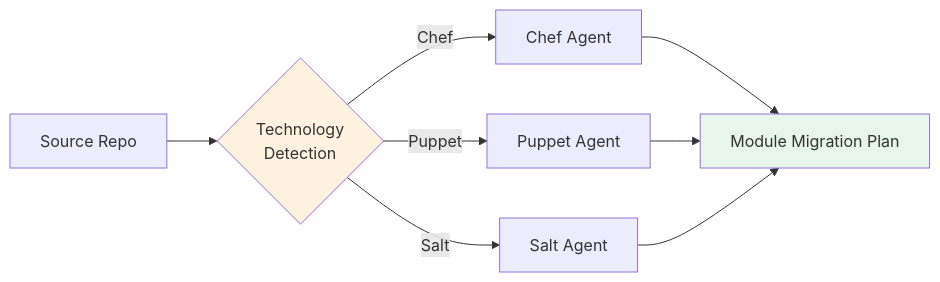
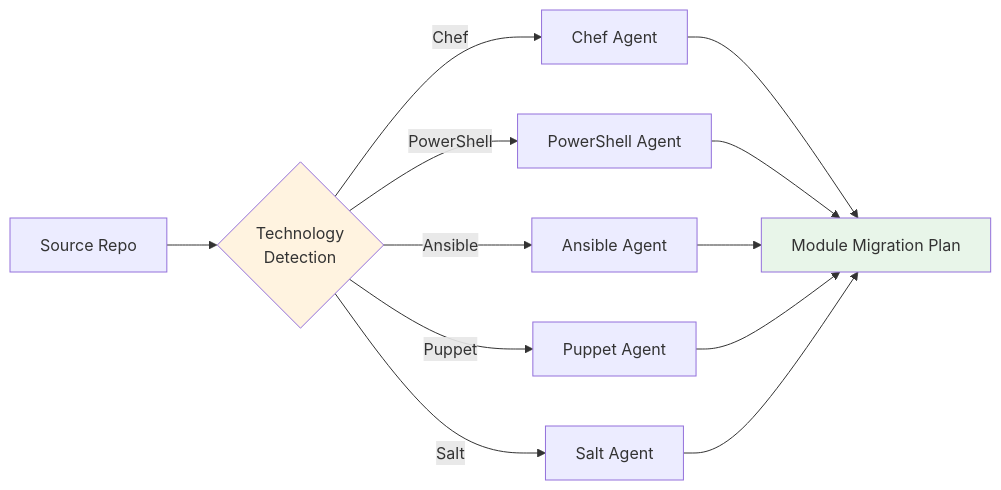
Before and after one commit to x2ansible/x2a-convertor: the second of 4 diagrams in docs/concepts/architecture.md, drawn with Mermaid. The commit also changed other lines of this file and 25 other files, not shown here.

````diff
--- a/docs/concepts/architecture.md
+++ b/docs/concepts/architecture.md
@@ -96,14 +102,18 @@
 ```mermaid
 flowchart LR
     Source[Source Repo] --> Detect{Technology<br/>Detection}
     Detect -->|Chef| Chef[Chef Agent]
+    Detect -->|PowerShell| PS[PowerShell Agent]
+    Detect -->|Ansible| Ansible[Ansible Agent]
     Detect -->|Puppet| Puppet[Puppet Agent]
     Detect -->|Salt| Salt[Salt Agent]
 
     Chef --> Plan[Module Migration Plan]
+    PS --> Plan
+    Ansible --> Plan
     Puppet --> Plan
     Salt --> Plan
 
     style Detect fill:#fff3e0
     style Plan fill:#e8f5e9
 ```
````
